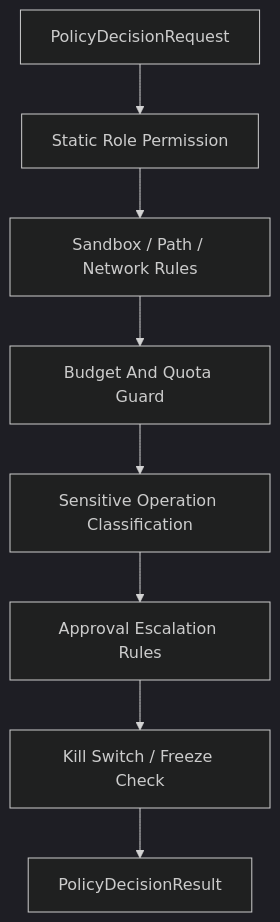
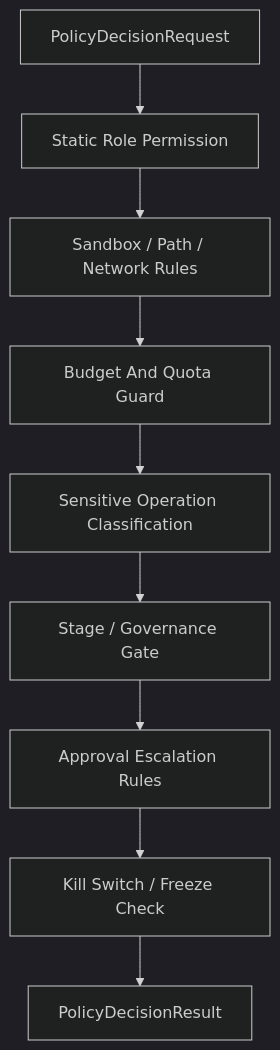
Before and after one commit to HoldenShen-hz/automatic-agent-platform: the diagram in docs_en/contracts/policy_engine_contract.md, drawn with Mermaid (dark theme). The commit also changed other lines of this file and 92 other files, not shown here.

First line of the commit message:
Add English architecture docs, outbox pattern, and contract updates

````diff
--- a/docs_en/contracts/policy_engine_contract.md
+++ b/docs_en/contracts/policy_engine_contract.md
@@ -89,10 +90,11 @@
 ```mermaid
 flowchart TD
     A["PolicyDecisionRequest"] --> B["Static Role Permission"]
     B --> C["Sandbox / Path / Network Rules"]
     C --> D["Budget And Quota Guard"]
     D --> E["Sensitive Operation Classification"]
-    E --> F["Approval Escalation Rules"]
-    F --> G["Kill Switch / Freeze Check"]
-    G --> H["PolicyDecisionResult"]
+    E --> F["Stage / Governance Gate"]
+    F --> G["Approval Escalation Rules"]
+    G --> H["Kill Switch / Freeze Check"]
+    H --> I["PolicyDecisionResult"]
 ```
````
